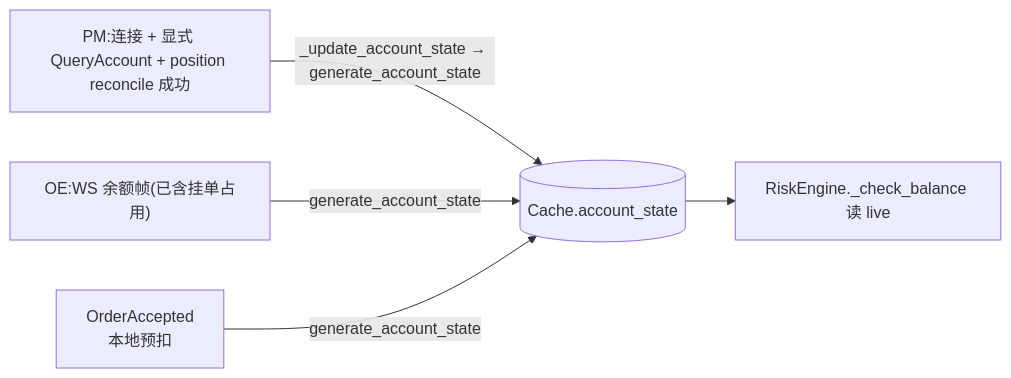
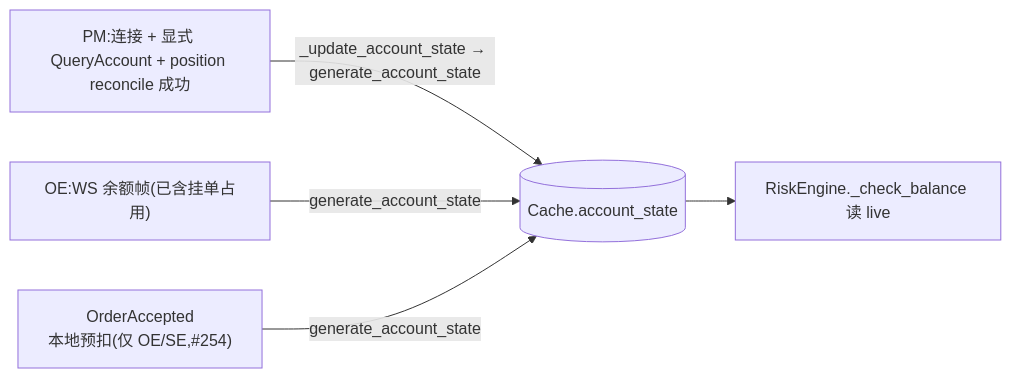
The third of 5 diagrams in docs/arbitrage/architectures/execution/architecture.md (psnewer/nautilus_trader), drawn with Mermaid before and after one commit. The commit also changed other lines of this file and 13 other files, not shown here.

````diff
--- a/docs/arbitrage/architectures/execution/architecture.md
+++ b/docs/arbitrage/architectures/execution/architecture.md
@@ -58,7 +58,7 @@
 ```mermaid
 flowchart LR
   PMev["PM:连接 + 显式 QueryAccount + position reconcile 成功"] -->|_update_account_state → generate_account_state| C[(Cache.account_state)]
   OEws["OE:WS 余额帧(已含挂单占用)"] -->|generate_account_state| C
-  ACCEPT["OrderAccepted<br/>本地预扣"] -->|generate_account_state| C
+  ACCEPT["OrderAccepted<br/>本地预扣(仅 OE/SE,#254)"] -->|generate_account_state| C
   C --> RISK["RiskEngine._check_balance 读 live"]
 ```
````
